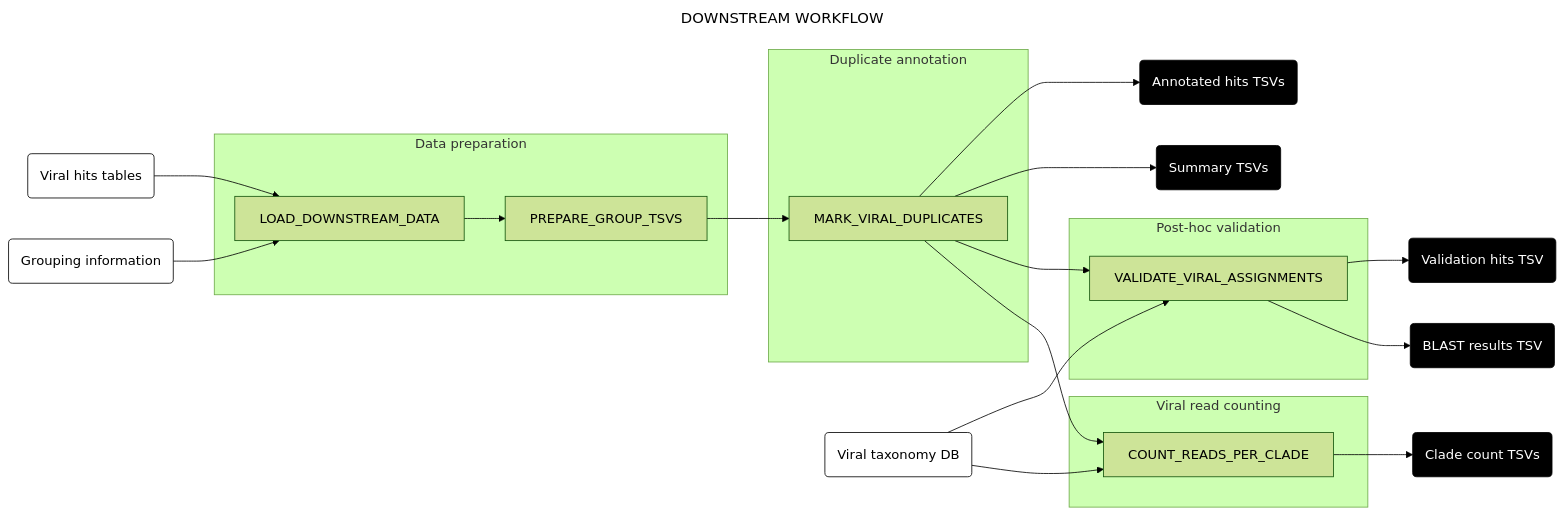
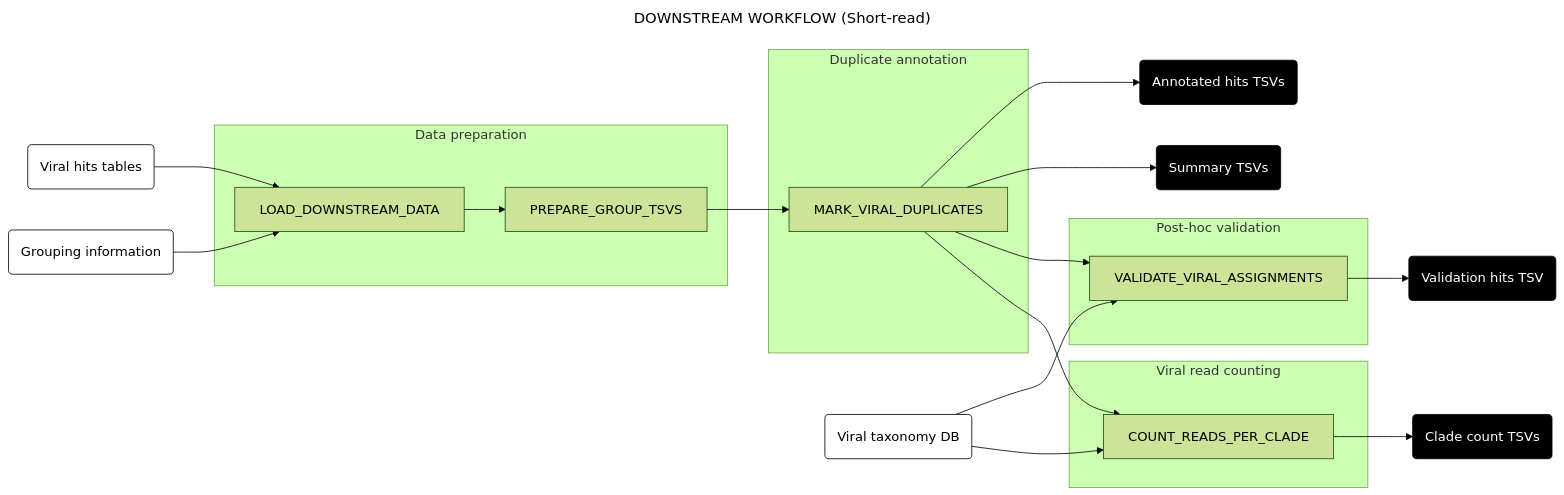
Before and after one commit to ascender1729/nao-mgs-workflow: the first of 10 diagrams in docs/downstream.md, drawn with Mermaid (forest theme). The commit also changed other lines of this file and 12 other files, not shown here.

````diff
--- a/docs/downstream.md
+++ b/docs/downstream.md
@@ -13,41 +15,39 @@
 ```mermaid
 ---
-title: DOWNSTREAM WORKFLOW
+title: DOWNSTREAM WORKFLOW (Short-read)
 config:
   layout: horizontal
 ---
 flowchart LR
 A(Viral hits tables) & B(Grouping information) --> C[LOAD_DOWNSTREAM_DATA]
 C --> D[PREPARE_GROUP_TSVS]
 D --> E[MARK_VIRAL_DUPLICATES]
 E --> J(Annotated hits TSVs)
 E --> K(Summary TSVs)
 E --> F[VALIDATE_VIRAL_ASSIGNMENTS]
 G(Viral taxonomy DB) --> F
 F --> H(Validation hits TSV)
-F --> I(BLAST results TSV)
 G --> L[COUNT_READS_PER_CLADE]
 E --> L
 L --> M(Clade count TSVs)
 subgraph "Data preparation"
 C
 D
 end
 subgraph "Duplicate annotation"
 E
 end
 subgraph "Post-hoc validation"
 F
 end
 subgraph "Viral read counting"
 L
 end
 style A fill:#fff,stroke:#000
 style B fill:#fff,stroke:#000
 style G fill:#fff,stroke:#000
 style H fill:#000,color:#fff,stroke:#000
-style I fill:#000,color:#fff,stroke:#000
 style J fill:#000,color:#fff,stroke:#000
 style K fill:#000,color:#fff,stroke:#000
 style M fill:#000,color:#fff,stroke:#000
 ```
````
